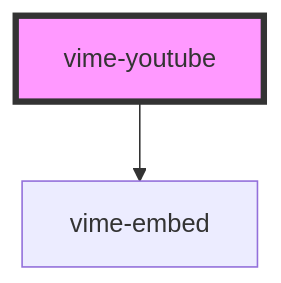
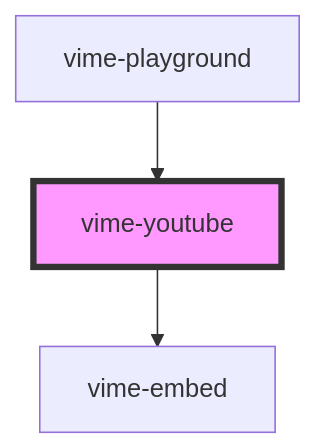
One commit to vime-js/vime changed the diagram in docs/docs/components/providers/youtube.md. Above: the diagram before and after it, drawn with Mermaid. The commit also changed other lines of this file and 37 other files, not shown here.

Commit message:
feat: new `vime-playground` component for testing and playing with vime

````diff
--- a/docs/docs/components/providers/youtube.md
+++ b/docs/docs/components/providers/youtube.md
@@ -162,5 +166,6 @@
 ```mermaid
 graph TD;
   vime-youtube --> vime-embed
+  vime-playground --> vime-youtube
   style vime-youtube fill:#f9f,stroke:#333,stroke-width:4px
 ```
````
